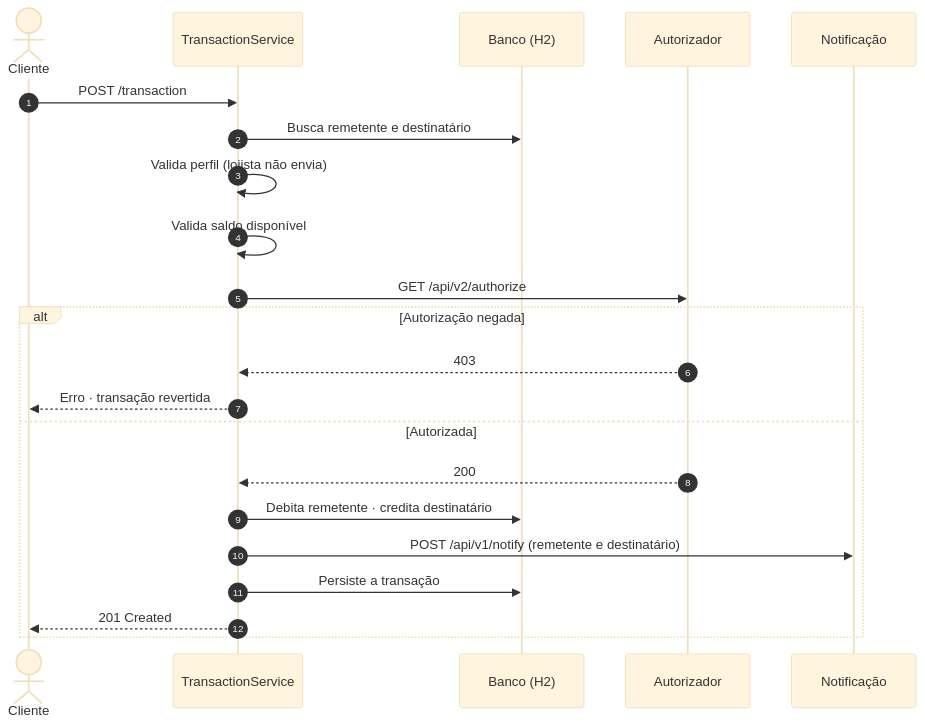
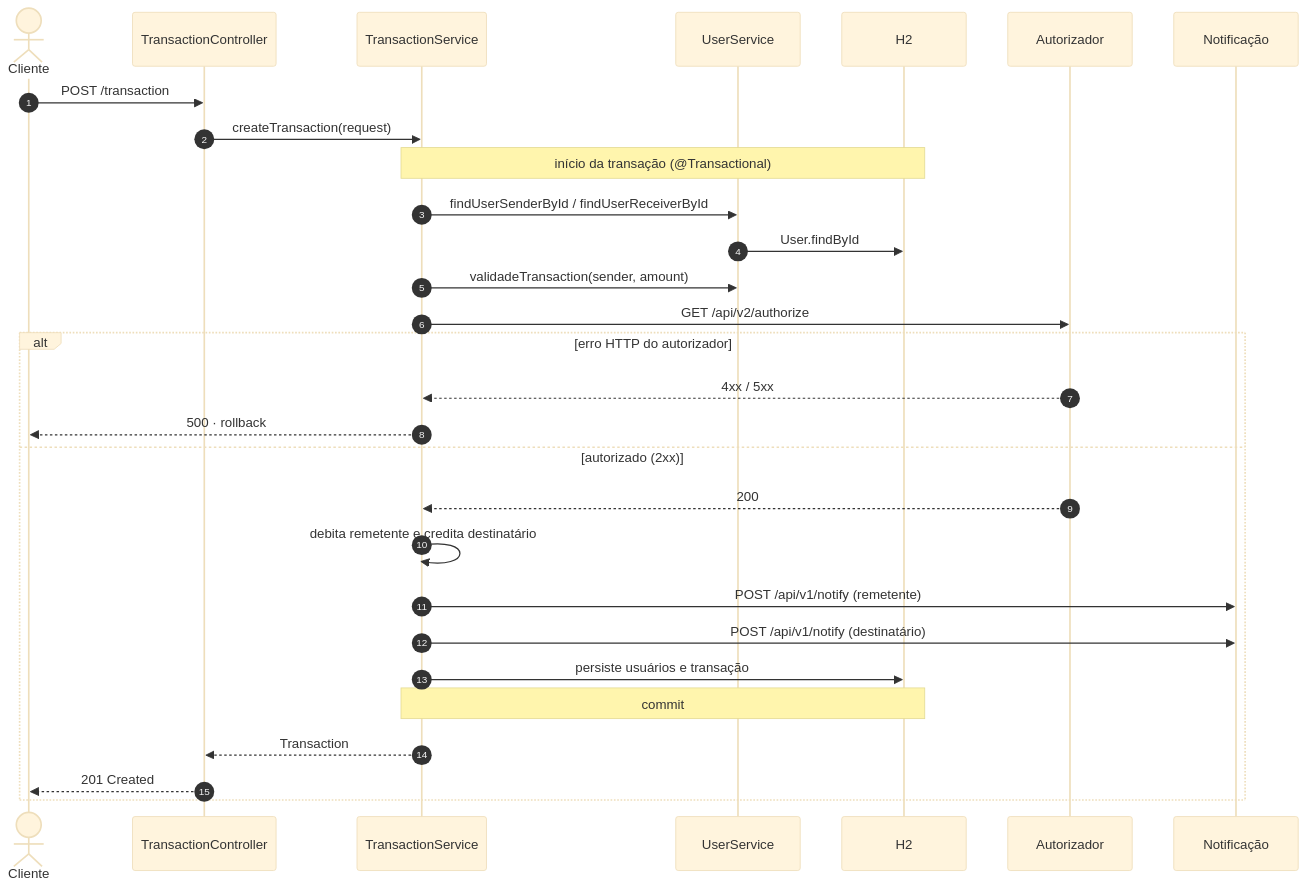
One commit to WhallysonGGDS/Desafio-picpay-quarkus changed the second of 3 diagrams in README.md. Above: the diagram before and after it, drawn with Mermaid (base theme). The commit also changed other lines of this file, not shown here.

````diff
--- a/README.md
+++ b/README.md
@@ -111,25 +176,32 @@
 ```mermaid
 sequenceDiagram
     autonumber
-    actor U as Cliente
-    participant API as TransactionService
-    participant DB as Banco (H2)
+    actor C as Cliente
+    participant TC as TransactionController
+    participant TS as TransactionService
+    participant US as UserService
+    participant DB as H2
     participant AUT as Autorizador
     participant NOT as Notificação
 
-    U->>API: POST /transaction
-    API->>DB: Busca remetente e destinatário
-    API->>API: Valida perfil (lojista não envia)
-    API->>API: Valida saldo disponível
-    API->>AUT: GET /api/v2/authorize
-    alt Autorização negada
-        AUT-->>API: 403
-        API-->>U: Erro · transação revertida
-    else Autorizada
-        AUT-->>API: 200
-        API->>DB: Debita remetente · credita destinatário
-        API->>NOT: POST /api/v1/notify (remetente e destinatário)
-        API->>DB: Persiste a transação
-        API-->>U: 201 Created
+    C->>TC: POST /transaction
+    TC->>TS: createTransaction(request)
+    Note over TS,DB: início da transação (@Transactional)
+    TS->>US: findUserSenderById / findUserReceiverById
+    US->>DB: User.findById
+    TS->>US: validadeTransaction(sender, amount)
+    TS->>AUT: GET /api/v2/authorize
+    alt erro HTTP do autorizador
+        AUT-->>TS: 4xx / 5xx
+        TS-->>C: 500 · rollback
+    else autorizado (2xx)
+        AUT-->>TS: 200
+        TS->>TS: debita remetente e credita destinatário
+        TS->>NOT: POST /api/v1/notify (remetente)
+        TS->>NOT: POST /api/v1/notify (destinatário)
+        TS->>DB: persiste usuários e transação
+        Note over TS,DB: commit
+        TS-->>TC: Transaction
+        TC-->>C: 201 Created
     end
 ```
````
